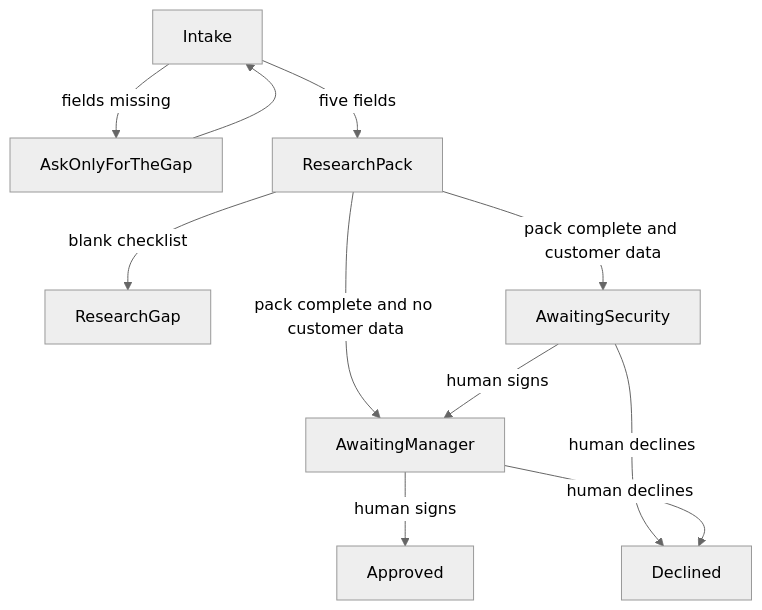
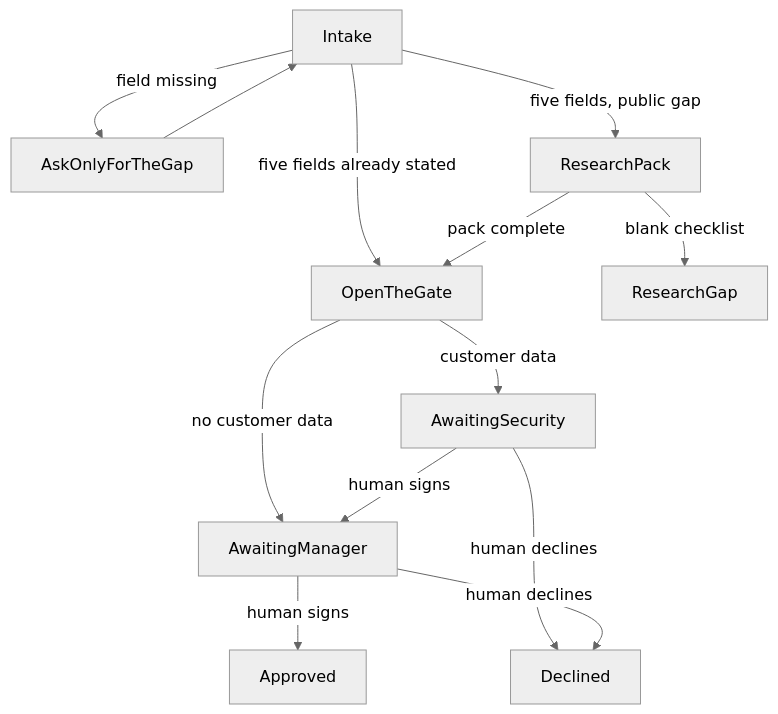
Before and after one commit to alexbhp/ac-solarch: the second of 2 diagrams in slides/slides.md, drawn with Mermaid (neutral theme). The commit also changed other lines of this file and 21 other files, not shown here.

Commit message:
Generate five-field cases and send Approve or Deny from the case link.

````diff
--- a/slides/slides.md
+++ b/slides/slides.md
@@ -91,13 +92,15 @@
 ```mermaid
 flowchart TD
-  intake[Intake] -->|fields missing| ask[AskOnlyForTheGap]
+  intake[Intake] -->|field missing| ask[AskOnlyForTheGap]
   ask --> intake
-  intake -->|five fields| research[ResearchPack]
+  intake -->|five fields, public gap| research[ResearchPack]
+  intake -->|five fields already stated| route[OpenTheGate]
   research -->|blank checklist| gap[ResearchGap]
-  research -->|pack complete and customer data| security[AwaitingSecurity]
-  research -->|pack complete and no customer data| manager[AwaitingManager]
+  research -->|pack complete| route
+  route -->|customer data| security[AwaitingSecurity]
+  route -->|no customer data| manager[AwaitingManager]
   security -->|human signs| manager
   manager -->|human signs| approved[Approved]
   security -->|human declines| declined[Declined]
   manager -->|human declines| declined
 ```
````
